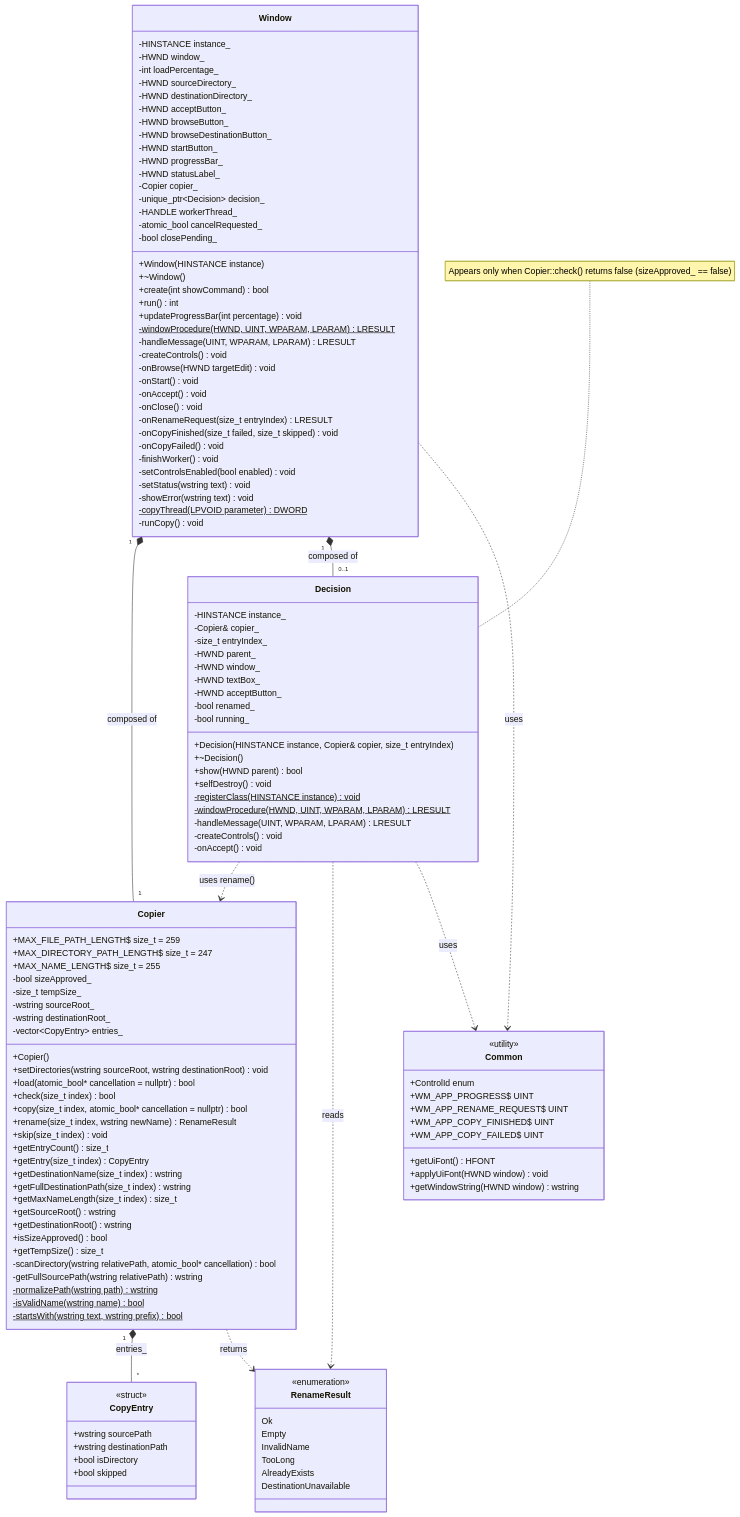
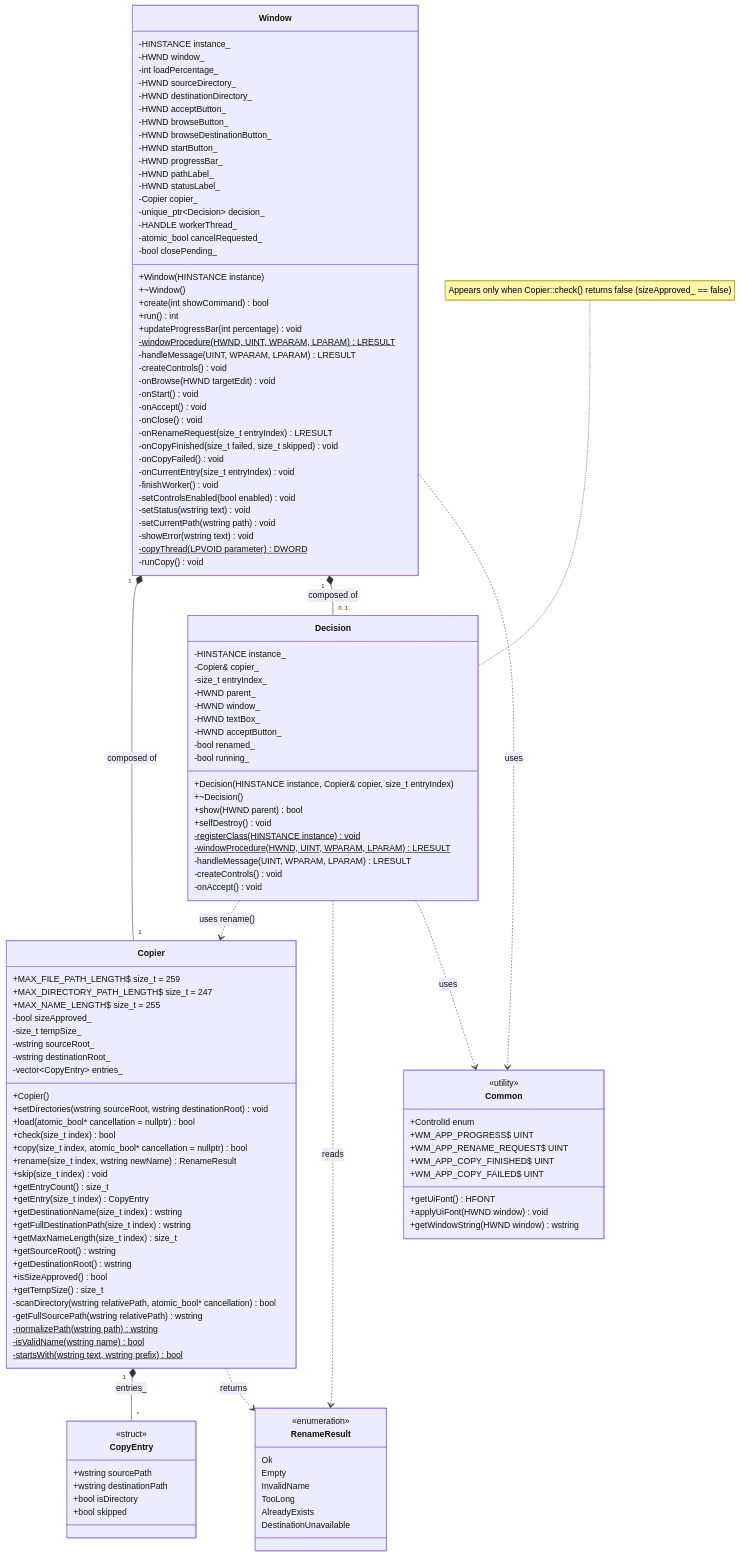
The diagram in docs/class_diagram.md (cristalmirror/fullcopy), drawn with Mermaid before and after one commit. The commit also changed 4 other files, not shown here.

```diff
--- a/docs/class_diagram.md
+++ b/docs/class_diagram.md
@@ -17,6 +17,7 @@
         -HWND browseDestinationButton_
         -HWND startButton_
         -HWND progressBar_
+        -HWND pathLabel_
         -HWND statusLabel_
         -Copier copier_
         -unique_ptr~Decision~ decision_
@@ -38,9 +39,11 @@
         -onRenameRequest(size_t entryIndex) LRESULT
         -onCopyFinished(size_t failed, size_t skipped) void
         -onCopyFailed() void
+        -onCurrentEntry(size_t entryIndex) void
         -finishWorker() void
         -setControlsEnabled(bool enabled) void
         -setStatus(wstring text) void
+        -setCurrentPath(wstring path) void
         -showError(wstring text) void
         -copyThread(LPVOID parameter)$ DWORD
         -runCopy() void
```
